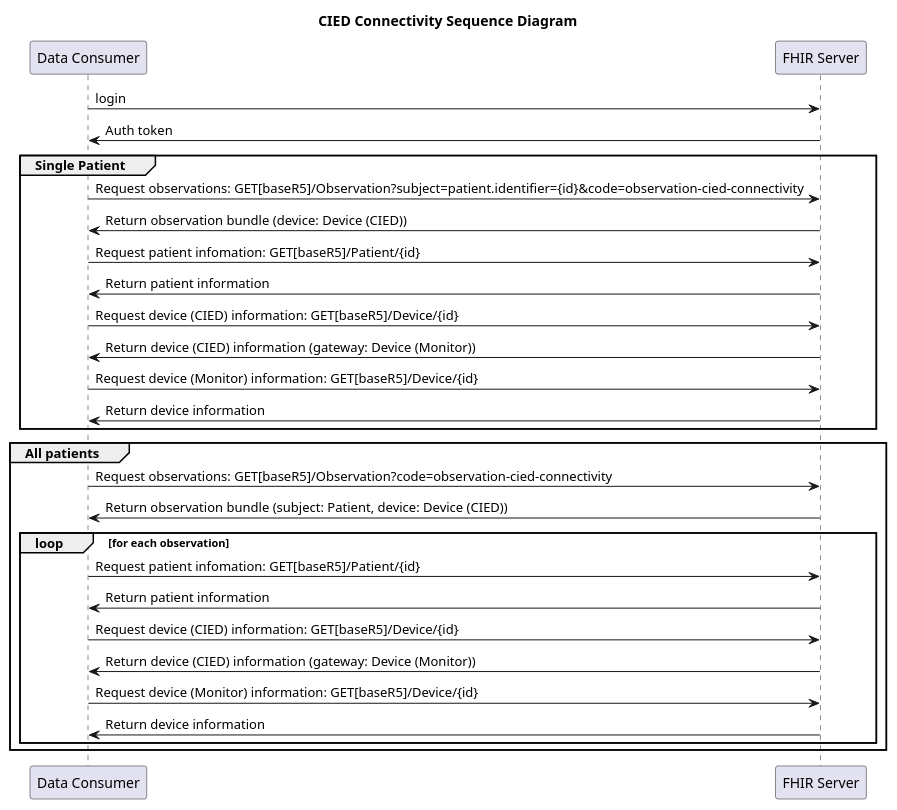
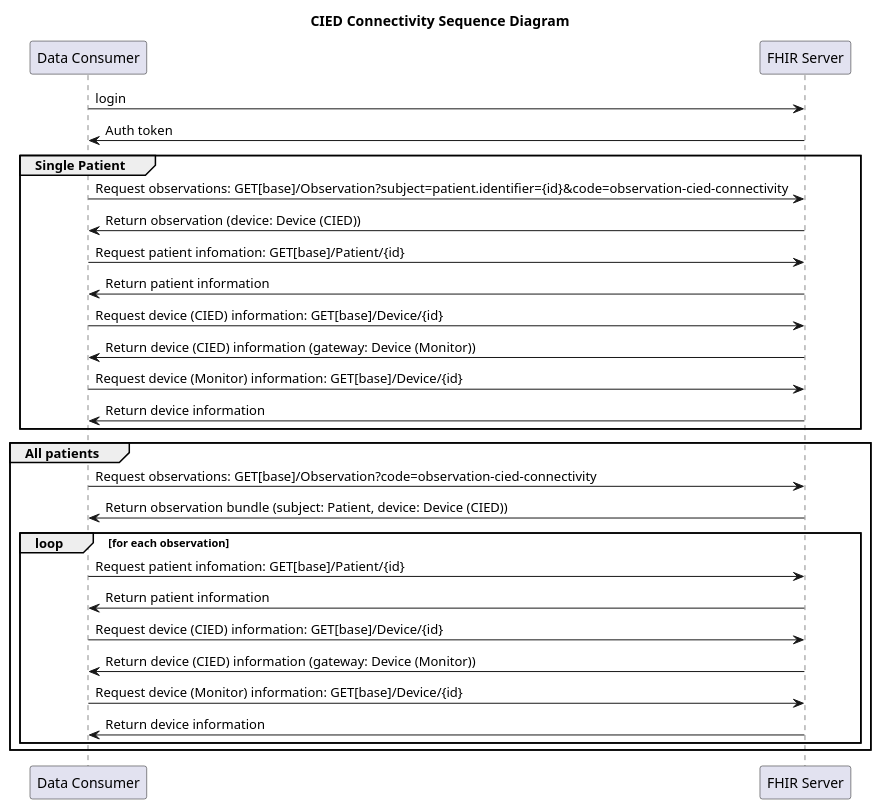
Before and after one commit to HL7/CardX-CIED: the diagram in input/images-source/connectivity-sequence.plantuml, drawn with PlantUML. The commit also changed 5 other files, not shown here.

```diff
--- a/input/images-source/connectivity-sequence.plantuml
+++ b/input/images-source/connectivity-sequence.plantuml
@@ -1,35 +1,35 @@
 @startuml
 title CIED Connectivity Sequence Diagram
 
 participant "Data Consumer" as con
 participant "FHIR Server" as FHIR
 
 con -> FHIR : login
 FHIR -> con : Auth token
 
 group Single Patient
-    con -> FHIR : Request observations: GET[baseR5]/Observation?subject=patient.identifier={id}&code=observation-cied-connectivity
-    FHIR -> con : Return observation bundle (device: Device (CIED))
-    con -> FHIR : Request patient infomation: GET[baseR5]/Patient/{id}
+    con -> FHIR : Request observations: GET[base]/Observation?subject=patient.identifier={id}&code=observation-cied-connectivity
+    FHIR -> con : Return observation (device: Device (CIED))
+    con -> FHIR : Request patient infomation: GET[base]/Patient/{id}
     FHIR -> con : Return patient information
-    con -> FHIR : Request device (CIED) information: GET[baseR5]/Device/{id}
+    con -> FHIR : Request device (CIED) information: GET[base]/Device/{id}
     FHIR -> con : Return device (CIED) information (gateway: Device (Monitor))
-    con -> FHIR : Request device (Monitor) information: GET[baseR5]/Device/{id}
+    con -> FHIR : Request device (Monitor) information: GET[base]/Device/{id}
     FHIR -> con : Return device information    
     end
 
 group All patients
-    con -> FHIR : Request observations: GET[baseR5]/Observation?code=observation-cied-connectivity
+    con -> FHIR : Request observations: GET[base]/Observation?code=observation-cied-connectivity
     FHIR -> con : Return observation bundle (subject: Patient, device: Device (CIED))
 
     loop for each observation
-        con -> FHIR : Request patient infomation: GET[baseR5]/Patient/{id}
+        con -> FHIR : Request patient infomation: GET[base]/Patient/{id}
         FHIR -> con : Return patient information
-        con -> FHIR : Request device (CIED) information: GET[baseR5]/Device/{id}
+        con -> FHIR : Request device (CIED) information: GET[base]/Device/{id}
         FHIR -> con : Return device (CIED) information (gateway: Device (Monitor))
-        con -> FHIR : Request device (Monitor) information: GET[baseR5]/Device/{id}
+        con -> FHIR : Request device (Monitor) information: GET[base]/Device/{id}
         FHIR -> con : Return device information    
     end
 end
 
 @enduml
```
